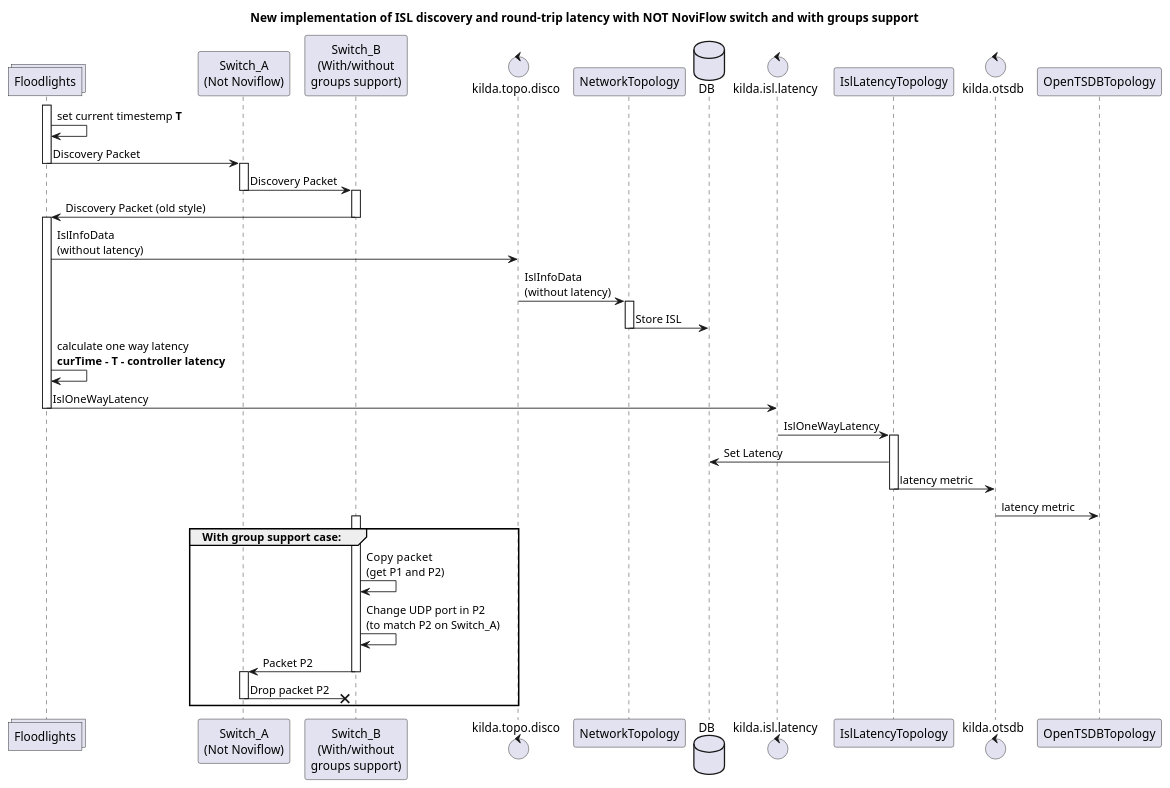
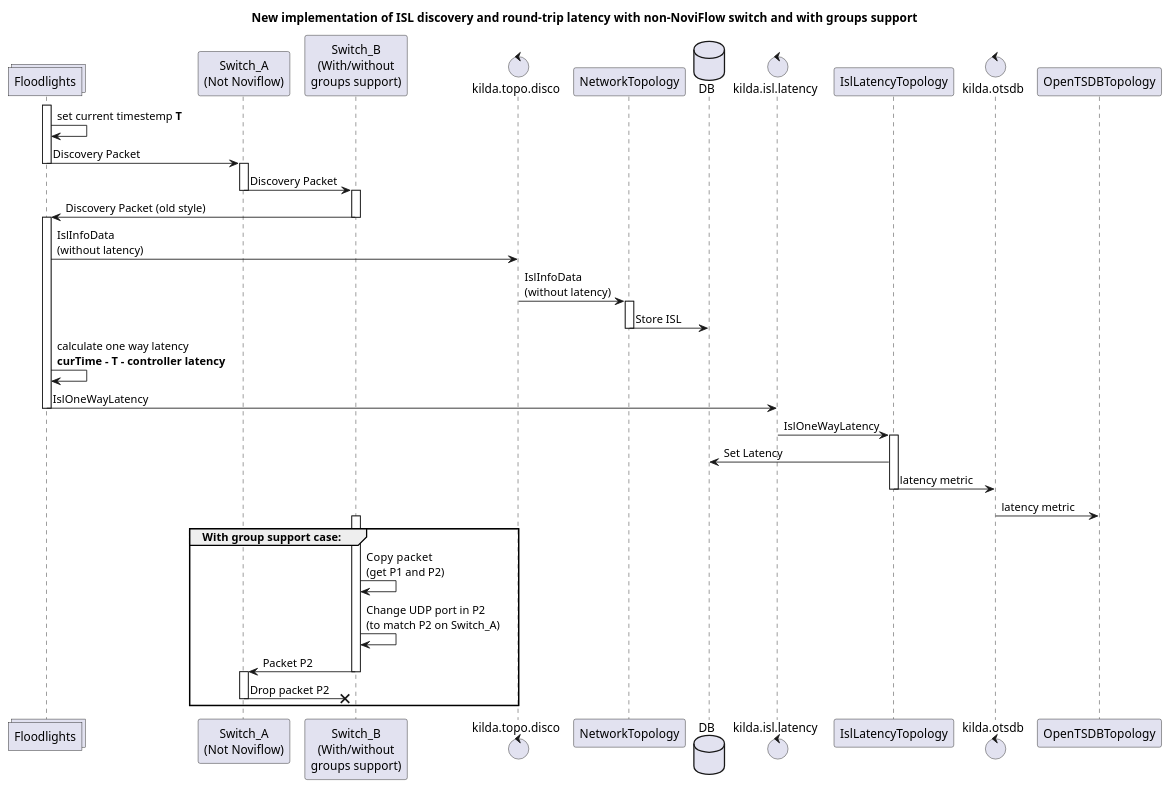
The diagram in docs/design/round-trip-latency/new-discovery-not-noviflow.puml (telstra/open-kilda), drawn with PlantUML before and after one commit. The commit also changed 35 other files, not shown here.

```diff
--- a/docs/design/round-trip-latency/new-discovery-not-noviflow.puml
+++ b/docs/design/round-trip-latency/new-discovery-not-noviflow.puml
@@ -1,52 +1,52 @@
 @startuml
-title New implementation of ISL discovery and round-trip latency with NOT NoviFlow switch and with groups support
+title New implementation of ISL discovery and round-trip latency with non-NoviFlow switch and with groups support
 
 collections Floodlights as FL
 participant Floodlight_B as FL
 participant "Switch_A\n(Not Noviflow)" as SWA
 participant "Switch_B\n(With/without\ngroups support)" as SWB
 control kilda.topo.disco as DI
 participant NetworkTopology as NT
 database DB
 control kilda.isl.latency as LT
 participant IslLatencyTopology as ILT
 control kilda.otsdb as OTSDB
 participant OpenTSDBTopology as OTOP
 activate FL
 FL -> FL : set current timestemp **T**
 FL -> SWA : Discovery Packet
 deactivate FL
 activate SWA
 SWA -> SWB : Discovery Packet
 deactivate SWA
 activate SWB
 SWB -> FL : Discovery Packet (old style)
 deactivate SWB
 activate FL
 FL -> DI : IslInfoData\n(without latency)
 DI -> NT : IslInfoData\n(without latency)
 activate NT
 NT -> DB : Store ISL
 deactivate NT
 FL -> FL : calculate one way latency \n**curTime - T - controller latency**
 FL -> LT : IslOneWayLatency
 deactivate FL
 LT -> ILT : IslOneWayLatency
 activate ILT
 ILT -> DB : Set Latency
 ILT -> OTSDB : latency metric
 deactivate ILT
 OTSDB -> OTOP : latency metric
 
 group With group support case:
     activate SWB
     SWB -> SWB : Copy  packet \n(get P1 and P2)
     SWB -> SWB : Change UDP port in P2\n(to match P2 on Switch_A)
     SWB -> SWA : Packet P2
     deactivate SWB
     activate SWA
     SWA ->x SWB : Drop packet P2
     deactivate SWA
 end
 
 @enduml
```
